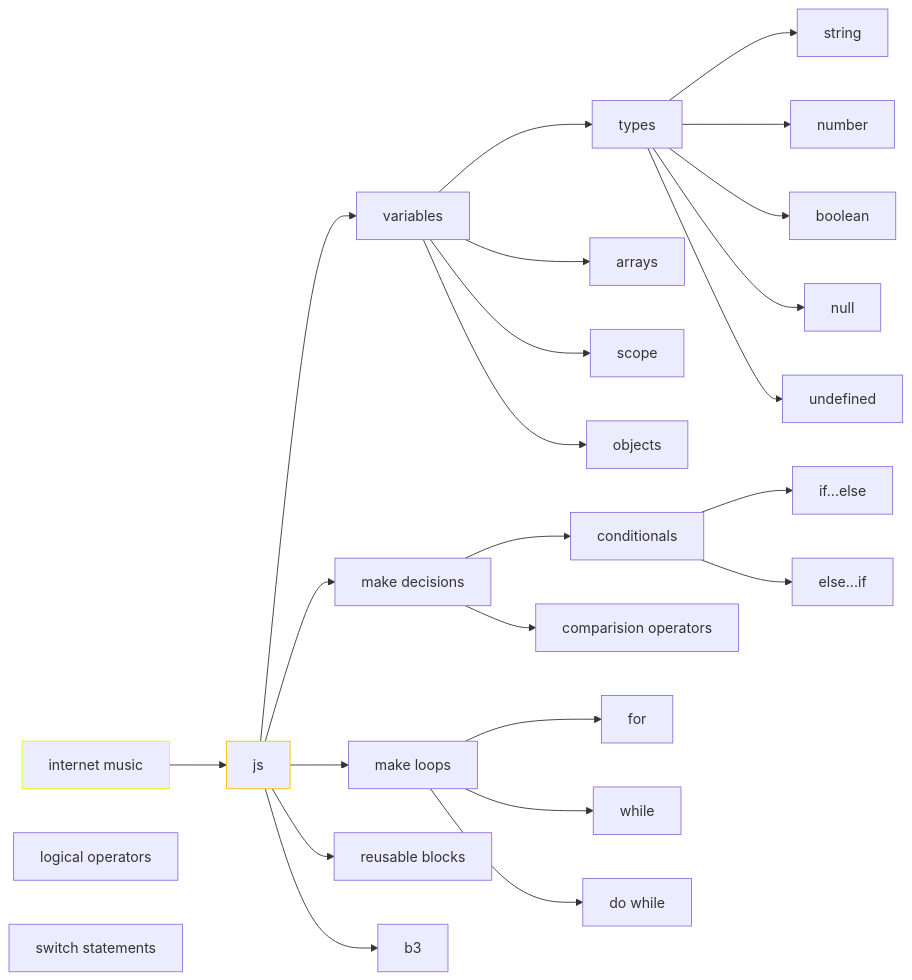
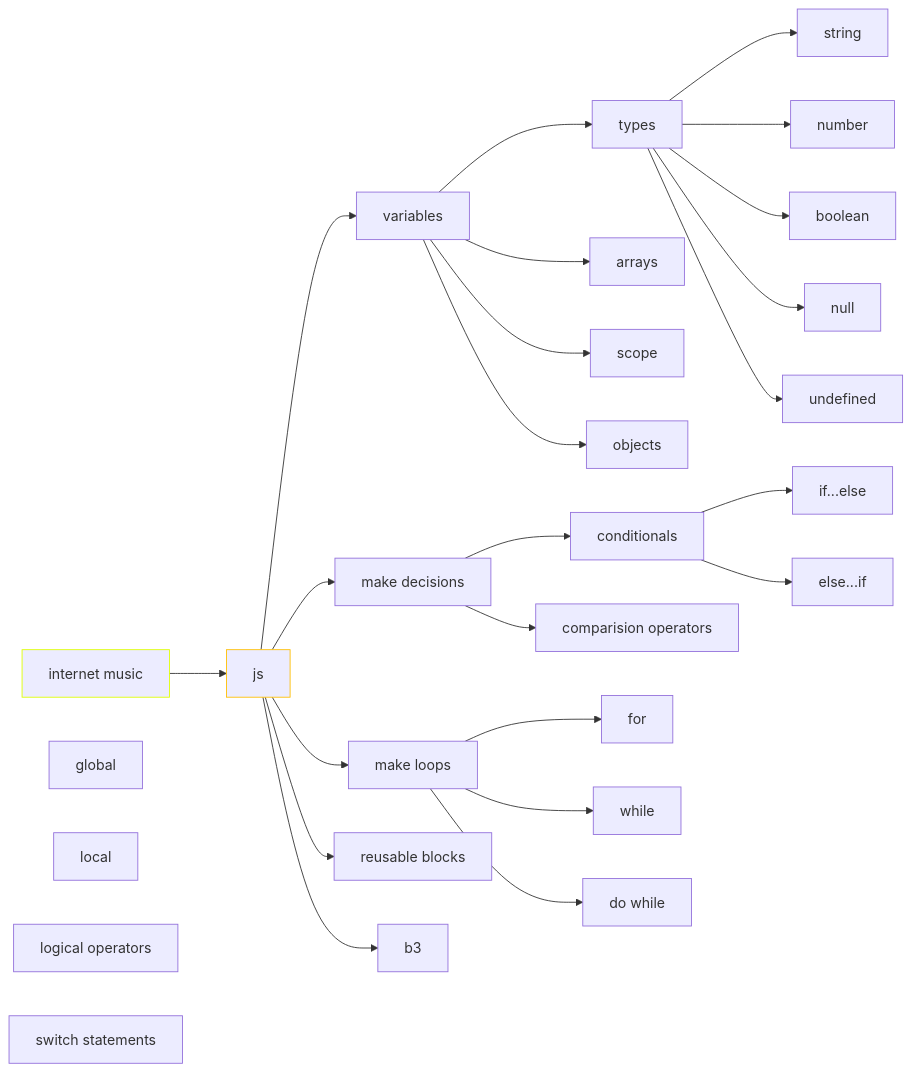
One commit to musiki/cym changed the diagram in 02-mat/jasvascript/js01-fundamentals.md. Above: the diagram before and after it, drawn with Mermaid. The commit also changed other lines of this file and 2 other files, not shown here.

````diff
--- a/02-mat/jasvascript/js01-fundamentals.md
+++ b/02-mat/jasvascript/js01-fundamentals.md
@@ -4,57 +5,62 @@
 ```mermaid
 graph LR
 
 a[internet music]
 b[js]
 b0[variables]
 b01[types]
 b011[string]
 b012[number]
 b013[boolean]
 b014[null]
 b015[undefined]
 b02[arrays]
 b03[scope]
+b031[global]
+b032[local]
 b04[objects]
 b1[make decisions]
 b11[conditionals]
 b111[if...else]
 b112[else...if]
 b12[comparision operators]
 b13[logical operators]
 b14[switch statements]
 b2[make loops]
 b21[for]
 b22[while]
 b23[do while]
 b4[reusable blocks]
 
 
 a --> b 
 b --> b0 & b1 & b2 & b3 & b4
 b0 --> b01 & b02 & b03 & b04
 b01 --> b011 & b012 & b013 & b014 & b015
 b1 --> b11 & b12
 b2 --> b21 & b22 & b23
 b11 --> b111 & b112 
 
 
 
+
+
+
 classDef default stroke-width:1px;
 classDef c1 stroke:#DFFF00;
 classDef c2 stroke:#FFBF00;
 classDef c3 stroke:#FF7F50;
 classDef c4 stroke:#DE163;
 classDef c5 stroke:#40E0D0;
 classDef c6 stroke:#CCCCFF;
 
 class a c1;
 class b c2;
 class c c3;
 
 
 
 
 
 
 ```
````
